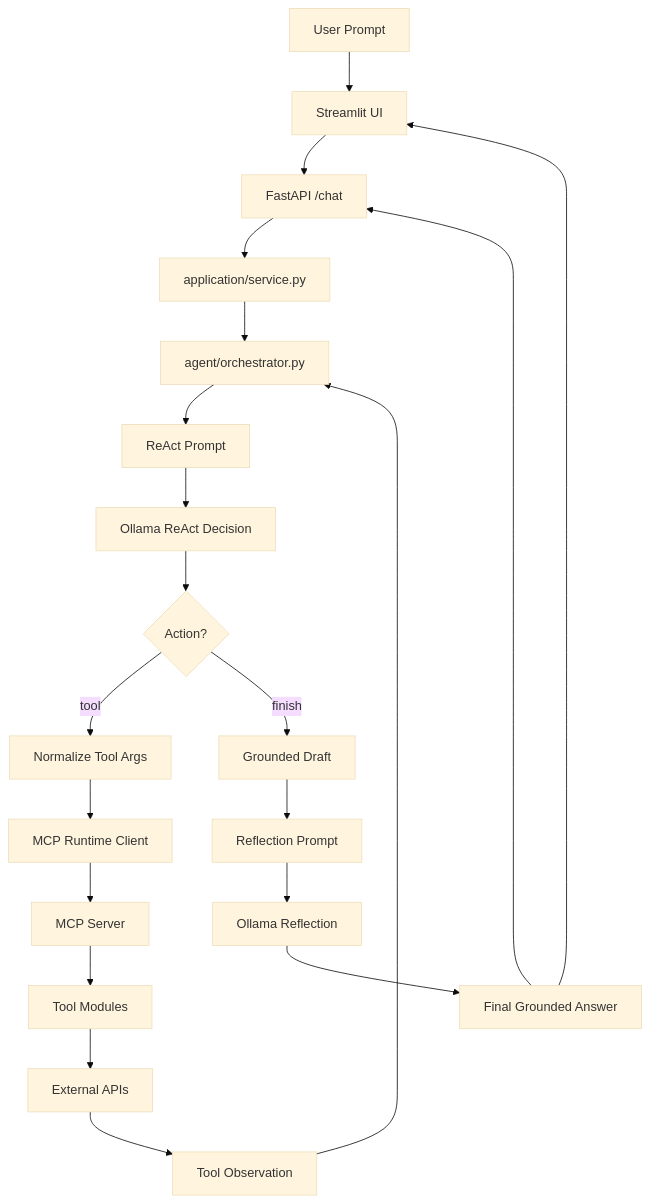
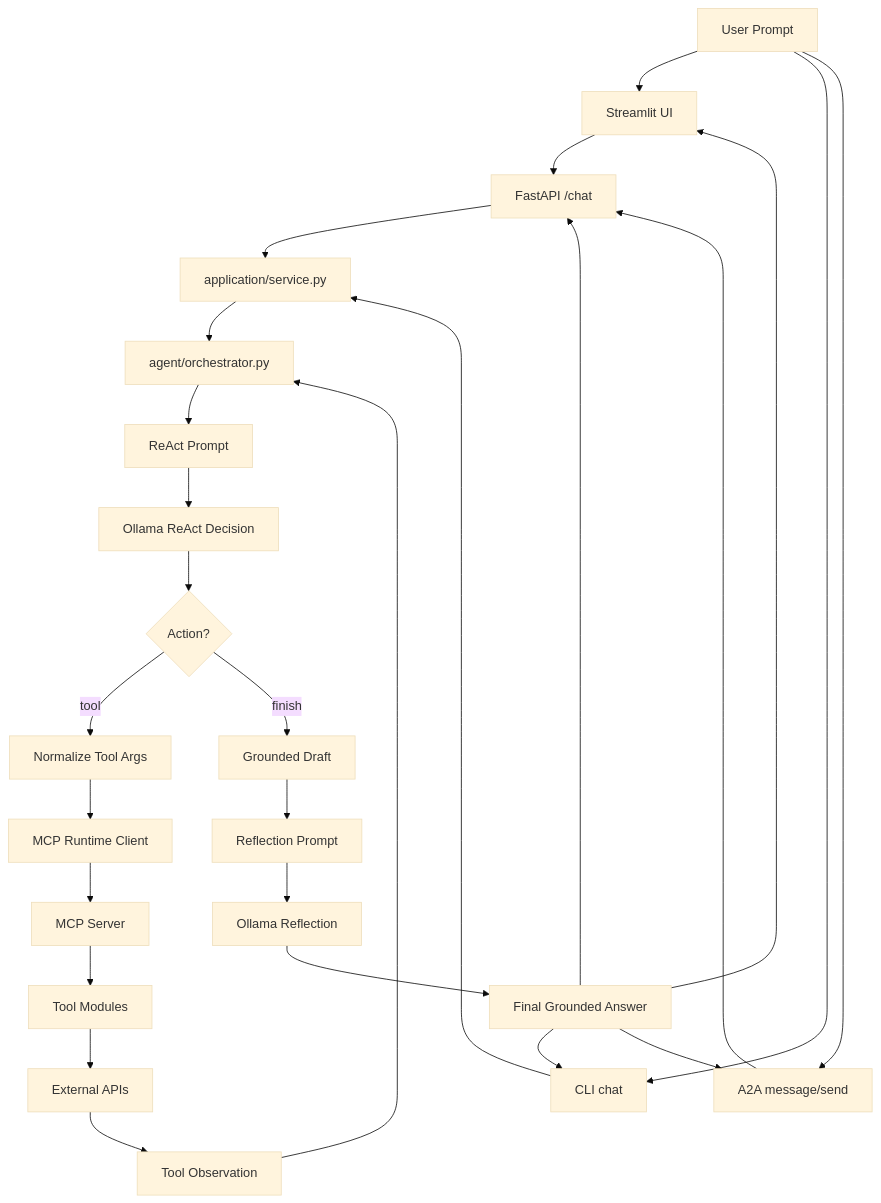
The diagram in README.md (ps-mohit-kapadia/L2-weekend-wizard), drawn with Mermaid (base theme) before and after one commit. The commit also changed other lines of this file, not shown here.

````diff
--- a/README.md
+++ b/README.md
@@ -59,23 +59,29 @@
 ```mermaid
 flowchart TD
     A["User Prompt"] --> B["Streamlit UI"]
+    A --> CLI["CLI chat"]
+    A --> A2A["A2A message/send"]
     B --> C["FastAPI /chat"]
+    CLI --> D["application/service.py"]
+    A2A --> C
     C --> D["application/service.py"]
     D --> E["agent/orchestrator.py"]
     E --> F["ReAct Prompt"]
     F --> G["Ollama ReAct Decision"]
     G --> H{"Action?"}
     H -->|tool| I["Normalize Tool Args"]
     I --> J["MCP Runtime Client"]
     J --> K["MCP Server"]
     K --> L["Tool Modules"]
     L --> M["External APIs"]
     M --> N["Tool Observation"]
     N --> E
     H -->|finish| O["Grounded Draft"]
     O --> P["Reflection Prompt"]
     P --> Q["Ollama Reflection"]
     Q --> R["Final Grounded Answer"]
     R --> C
     R --> B
+    R --> CLI
+    R --> A2A
 ```
````
